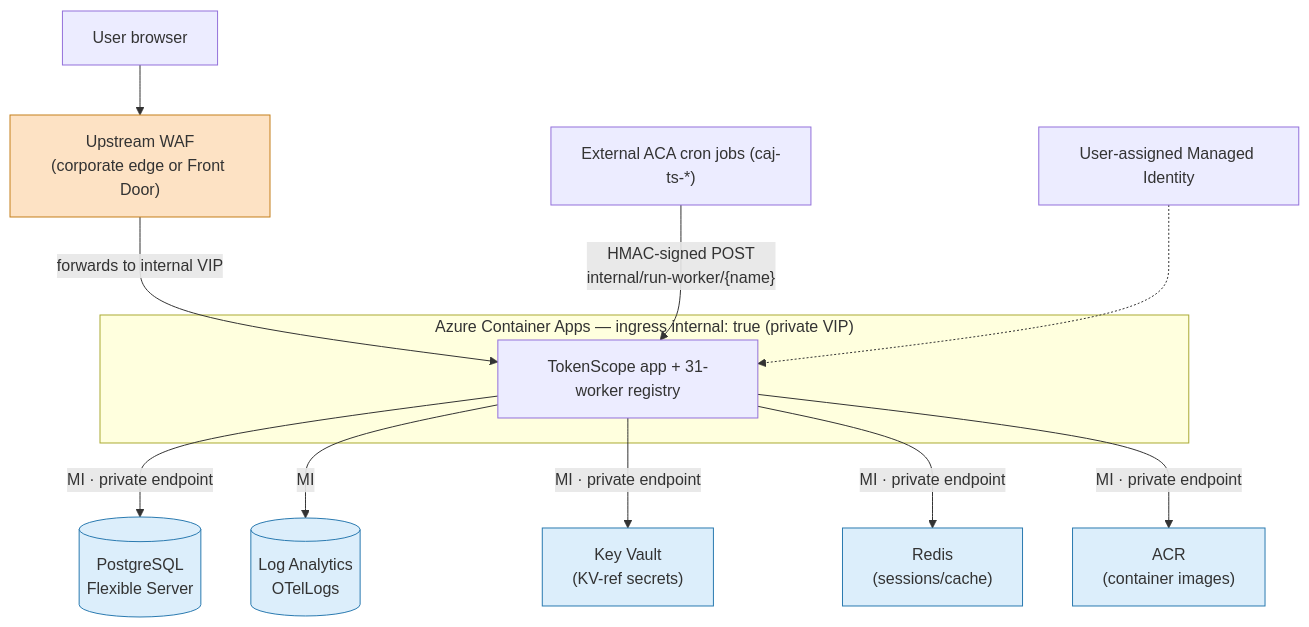
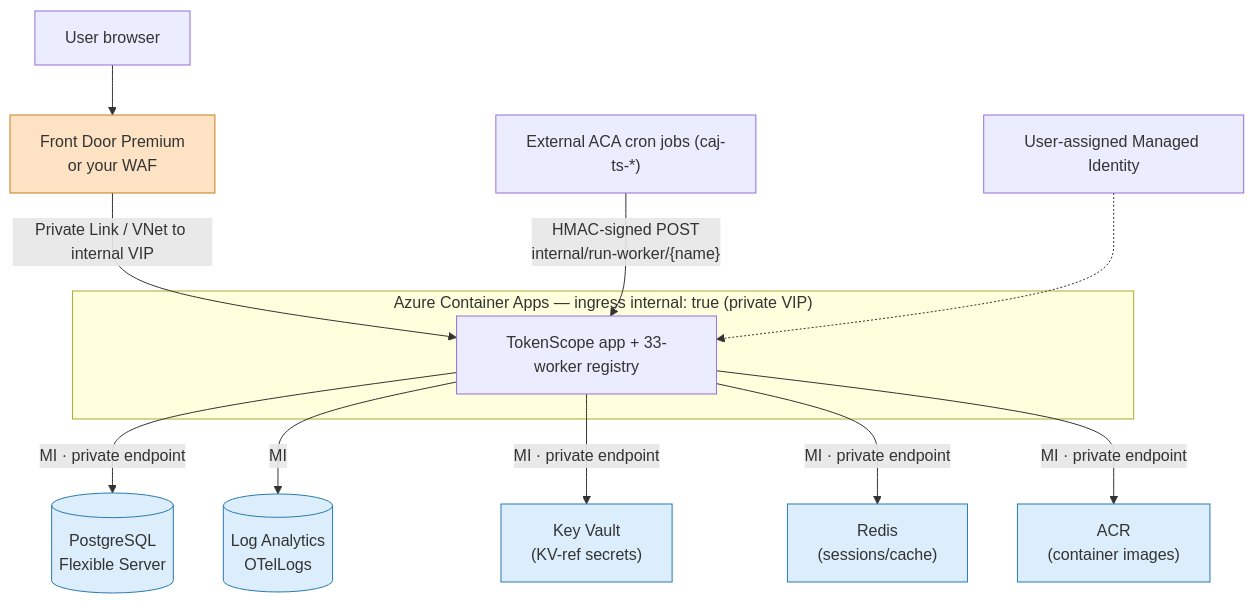
The third of 3 diagrams in docs/wiki/Architecture.md (Insight-Services-APAC/tokenscope-public), drawn with Mermaid before and after one commit. The commit also changed other lines of this file and 66 other files, not shown here.

Commit message:
Release snapshot 2026-09-29 (cba982b4): tested staging/production deployment with Front Door Premium over Private Link, example GitHub Actions workflows, public docs sweep

````diff
--- a/docs/wiki/Architecture.md
+++ b/docs/wiki/Architecture.md
@@ -126,24 +123,24 @@
 ```mermaid
 flowchart TB
-    User["User browser"] --> WAF["Upstream WAF<br/>(corporate edge or Front Door)"]
-    WAF -->|forwards to internal VIP| TSAPP
+    User["User browser"] --> WAF["Front Door Premium<br/>or your WAF"]
+    WAF -->|"Private Link / VNet to internal VIP"| TSAPP
 
     subgraph ACA["Azure Container Apps — ingress internal: true (private VIP)"]
-        TSAPP["TokenScope app + 31-worker registry"]
+        TSAPP["TokenScope app + 33-worker registry"]
     end
 
     SCHED["External ACA cron jobs (caj-ts-*)"] -->|"HMAC-signed POST<br/>internal/run-worker/{name}"| TSAPP
 
     TSAPP -->|MI · private endpoint| PG[("PostgreSQL<br/>Flexible Server")]
     TSAPP -->|MI| LAW[("Log Analytics<br/>OTelLogs")]
     TSAPP -->|MI · private endpoint| KV["Key Vault<br/>(KV-ref secrets)"]
     TSAPP -->|MI · private endpoint| REDIS["Redis<br/>(sessions/cache)"]
     TSAPP -->|MI · private endpoint| ACR["ACR<br/>(container images)"]
 
     MI["User-assigned Managed Identity"] -.-> TSAPP
 
     classDef edge fill:#fde2c4,stroke:#c47f1a;
     classDef store fill:#dceefb,stroke:#2a7ab0;
     class WAF edge;
     class PG,LAW,KV,REDIS,ACR store;
 ```
````
